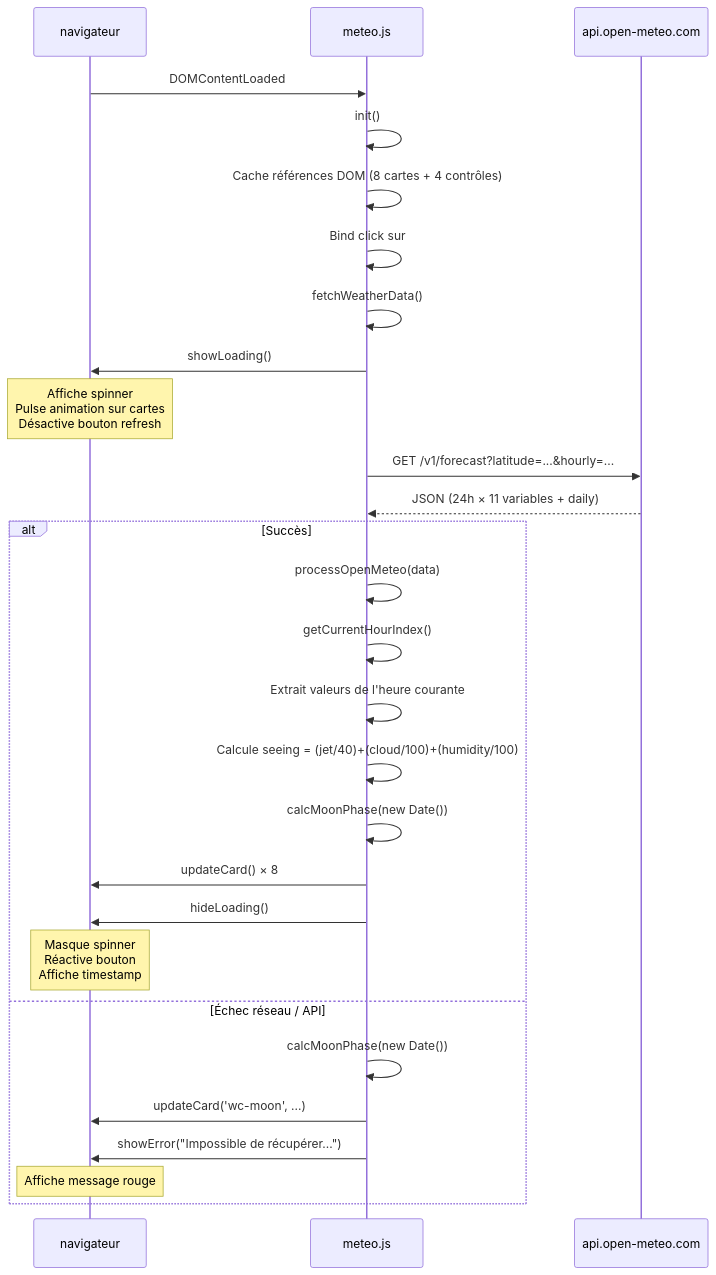
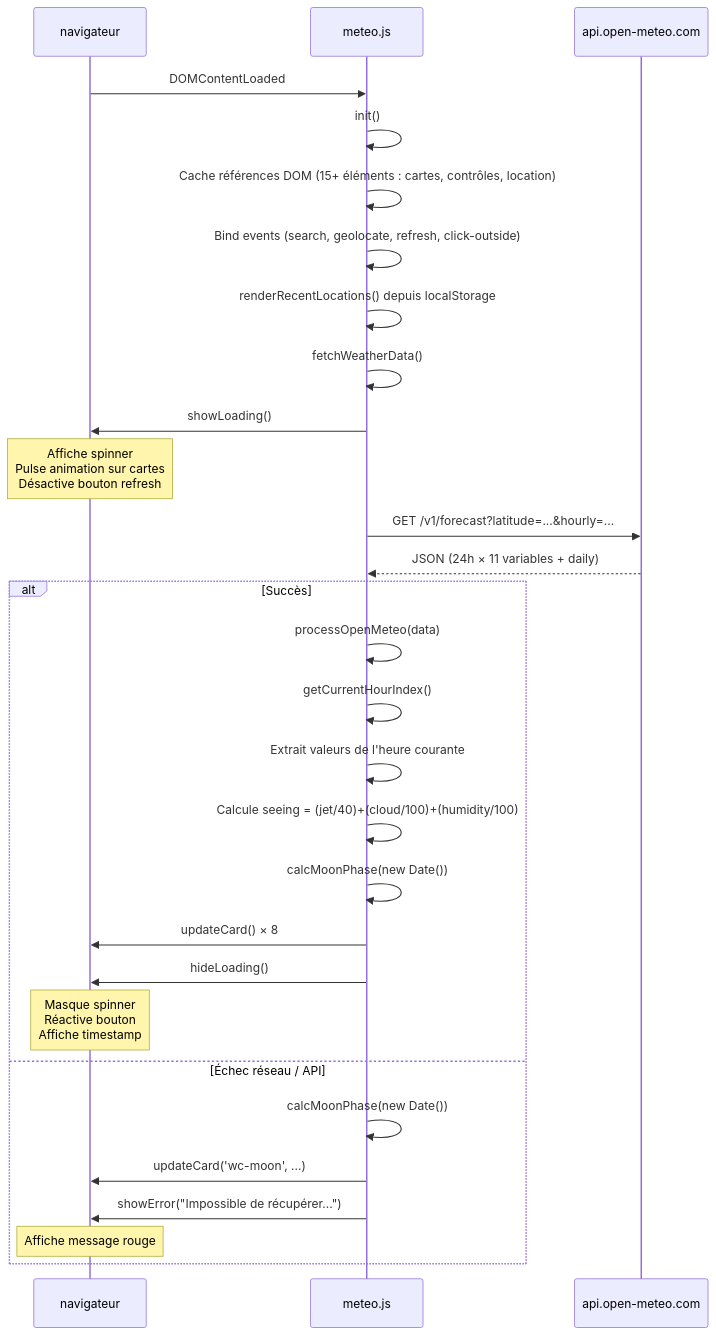
Before and after one commit to christophedanhier-hash/tofdan-site: diagram 21 of 23 in docs/analyse-meteo.md, drawn with Mermaid. The commit also changed other lines of this file and 2 other files, not shown here.

Commit message:
correction bug sur loca dans météo

````diff
--- a/docs/analyse-meteo.md
+++ b/docs/analyse-meteo.md
@@ -697,34 +823,35 @@
 ```mermaid
 sequenceDiagram
     participant DOM as navigateur
     participant JS as meteo.js
     participant API as api.open-meteo.com
 
     DOM->>JS: DOMContentLoaded
     JS->>JS: init()
-    JS->>JS: Cache références DOM (8 cartes + 4 contrôles)
-    JS->>JS: Bind click sur #meteo-refresh
+    JS->>JS: Cache références DOM (15+ éléments : cartes, contrôles, location)
+    JS->>JS: Bind events (search, geolocate, refresh, click-outside)
+    JS->>JS: renderRecentLocations() depuis localStorage
     JS->>JS: fetchWeatherData()
 
     JS->>DOM: showLoading()
     Note over DOM: Affiche spinner<br/>Pulse animation sur cartes<br/>Désactive bouton refresh
 
     JS->>API: GET /v1/forecast?latitude=...&hourly=...
     API-->>JS: JSON (24h × 11 variables + daily)
 
     alt Succès
         JS->>JS: processOpenMeteo(data)
         JS->>JS: getCurrentHourIndex()
         JS->>JS: Extrait valeurs de l'heure courante
         JS->>JS: Calcule seeing = (jet/40)+(cloud/100)+(humidity/100)
         JS->>JS: calcMoonPhase(new Date())
         JS->>DOM: updateCard() × 8
         JS->>DOM: hideLoading()
         Note over DOM: Masque spinner<br/>Réactive bouton<br/>Affiche timestamp
     else Échec réseau / API
         JS->>JS: calcMoonPhase(new Date())
         JS->>DOM: updateCard('wc-moon', ...)
         JS->>DOM: showError("Impossible de récupérer...")
         Note over DOM: Affiche message rouge
     end
 ```
````
